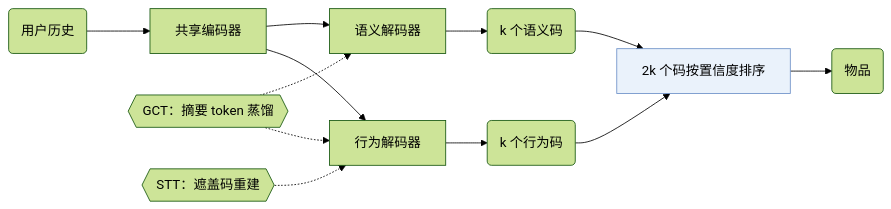
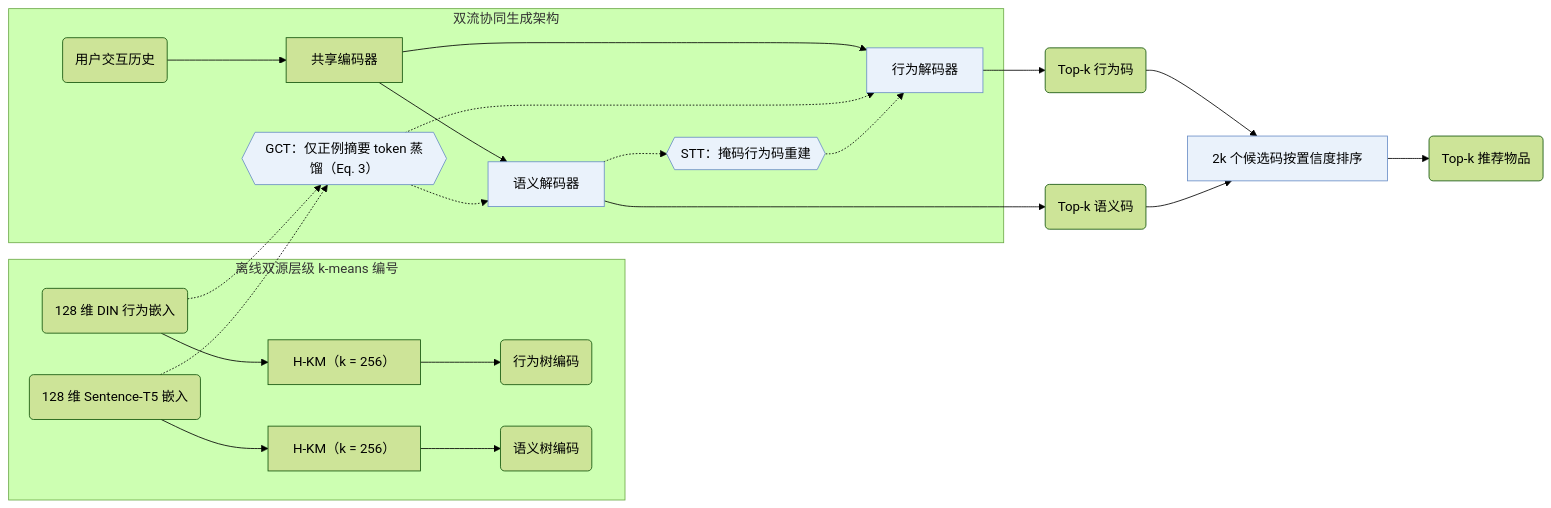
One commit to Galaxy-ghost/Awesome-SID-Generative-Rec changed the diagram in notes/zh/eager.md. Above: the diagram before and after it, drawn with Mermaid (forest theme). The commit also changed other lines of this file and 649 other files, not shown here.

Commit message:
writer-05: also tags and modality index (schema, check, build, visuals); summary field removed; calibration data for 12 papers

````diff
--- a/notes/zh/eager.md
+++ b/notes/zh/eager.md
@@ -14,15 +14,26 @@
 ```mermaid
 flowchart LR
-    A("用户历史") --> B["共享编码器"]
-    B --> C["行为解码器"]
-    B --> D["语义解码器"]
-    C --> E("k 个行为码")
-    D --> F("k 个语义码")
-    E --> G["2k 个码按置信度排序"]:::key
+    subgraph DualTok["离线双源层级 k-means 编号"]
+        DIN("128 维 DIN 行为嵌入") --> HKM1["H-KM（k = 256）"]
+        ST5("128 维 Sentence-T5 嵌入") --> HKM2["H-KM（k = 256）"]
+        HKM1 --> BCode("行为树编码")
+        HKM2 --> SCode("语义树编码")
+    end
+    subgraph TwoStream["双流协同生成架构"]
+        A("用户交互历史") --> B["共享编码器"]
+        B --> C["行为解码器"]:::key
+        B --> D["语义解码器"]:::key
+        L1{{"GCT：仅正例摘要 token 蒸馏（Eq. 3）"}}:::key -.-> C
+        L1 -.-> D
+        DIN -.-> L1
+        ST5 -.-> L1
+        L2{{"STT：掩码行为码重建"}}:::key -.-> C
+        D -.-> L2
+    end
+    C --> E("Top-k 行为码")
+    D --> F("Top-k 语义码")
+    E --> G["2k 个候选码按置信度排序"]:::key
     F --> G
-    G --> H("物品")
-    L1{{"GCT：摘要 token 蒸馏"}} -.-> C
-    L1 -.-> D
-    L2{{"STT：遮盖码重建"}} -.-> C
+    G --> H("Top-k 推荐物品")
     classDef key fill:#eaf2fb,stroke:#6b8fc7
 ```
````
